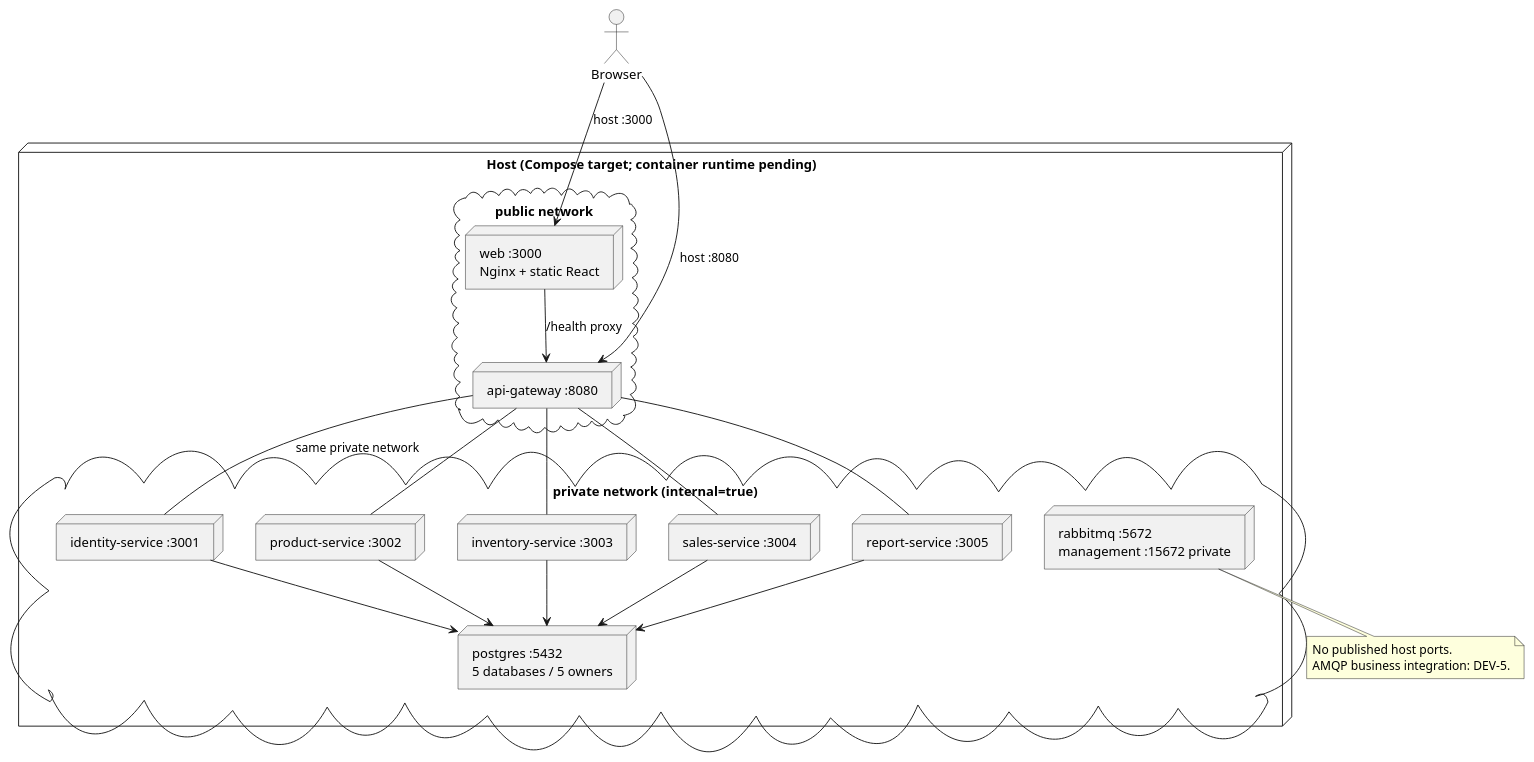
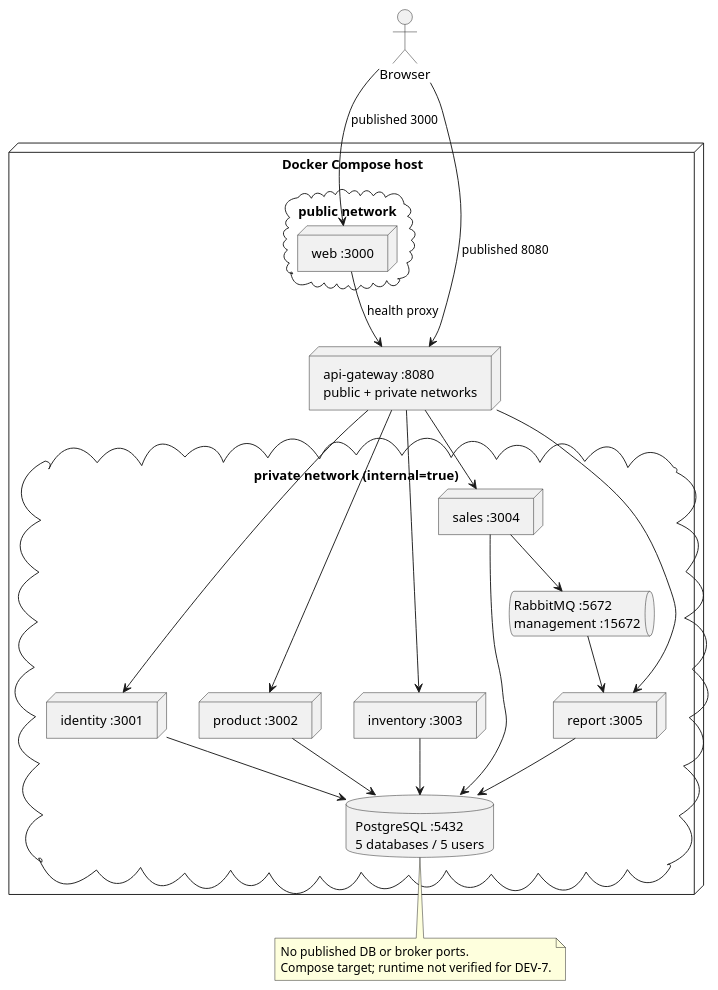
Before and after one commit to dnk22/kien-truc-phan-mem: the diagram in docs/uml/deployment.puml, drawn with PlantUML. The commit also changed 10 other files, not shown here.

Commit message:
docs(uml): update system diagrams and five schema-derived ERDs

```diff
--- a/docs/uml/deployment.puml
+++ b/docs/uml/deployment.puml
@@ -1,35 +1,37 @@
 @startuml
-node "Host (Compose target; container runtime pending)" {
-  cloud "public network" {
-    node "web :3000\nNginx + static React" as web
-    node "api-gateway :8080" as gateway
-  }
-  cloud "private network (internal=true)" {
-    node "identity-service :3001" as identity
-    node "product-service :3002" as product
-    node "inventory-service :3003" as inventory
-    node "sales-service :3004" as sales
-    node "report-service :3005" as report
-    node "postgres :5432\n5 databases / 5 owners" as postgres
-    node "rabbitmq :5672\nmanagement :15672 private" as rabbit
-  }
-  gateway -- identity : same private network
-  gateway -- product
-  gateway -- inventory
-  gateway -- sales
-  gateway -- report
-  identity --> postgres
-  product --> postgres
-  inventory --> postgres
-  sales --> postgres
-  report --> postgres
+actor Browser
+node "Docker Compose host" {
+ cloud "public network" {
+ node "web :3000" as web
+ }
+ node "api-gateway :8080\npublic + private networks" as gw
+ cloud "private network (internal=true)" {
+ node "identity :3001" as i
+ node "product :3002" as p
+ node "inventory :3003" as v
+ node "sales :3004" as s
+ node "report :3005" as r
+ database "PostgreSQL :5432\n5 databases / 5 users" as db
+ queue "RabbitMQ :5672\nmanagement :15672" as mq
+ }
 }
-actor "Browser" as browser
-browser --> web : host :3000
-browser --> gateway : host :8080
-web --> gateway : /health proxy
-note bottom of rabbit
-No published host ports.
-AMQP business integration: DEV-5.
+Browser --> web : published 3000
+Browser --> gw : published 8080
+web --> gw : health proxy
+gw --> i
+gw --> p
+gw --> v
+gw --> s
+gw --> r
+i --> db
+p --> db
+v --> db
+s --> db
+r --> db
+s --> mq
+mq --> r
+note bottom of db
+No published DB or broker ports.
+Compose target; runtime not verified for DEV-7.
 end note
 @enduml
```
